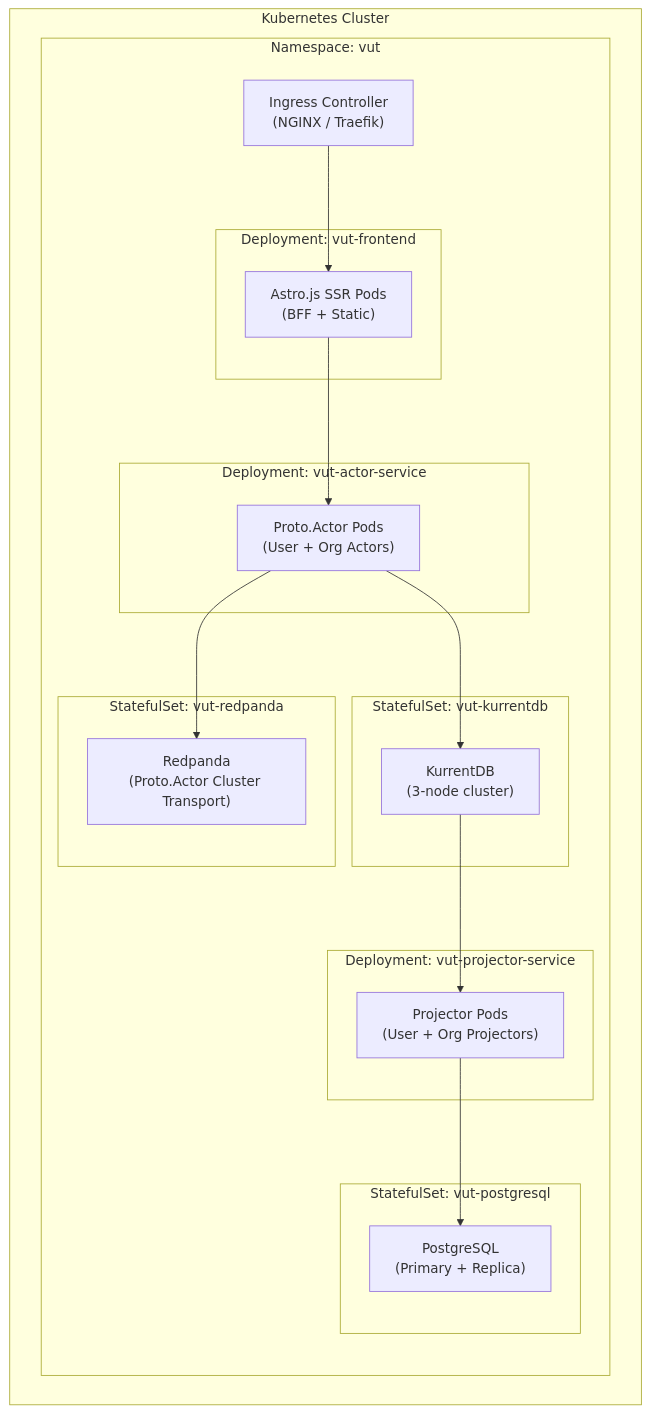
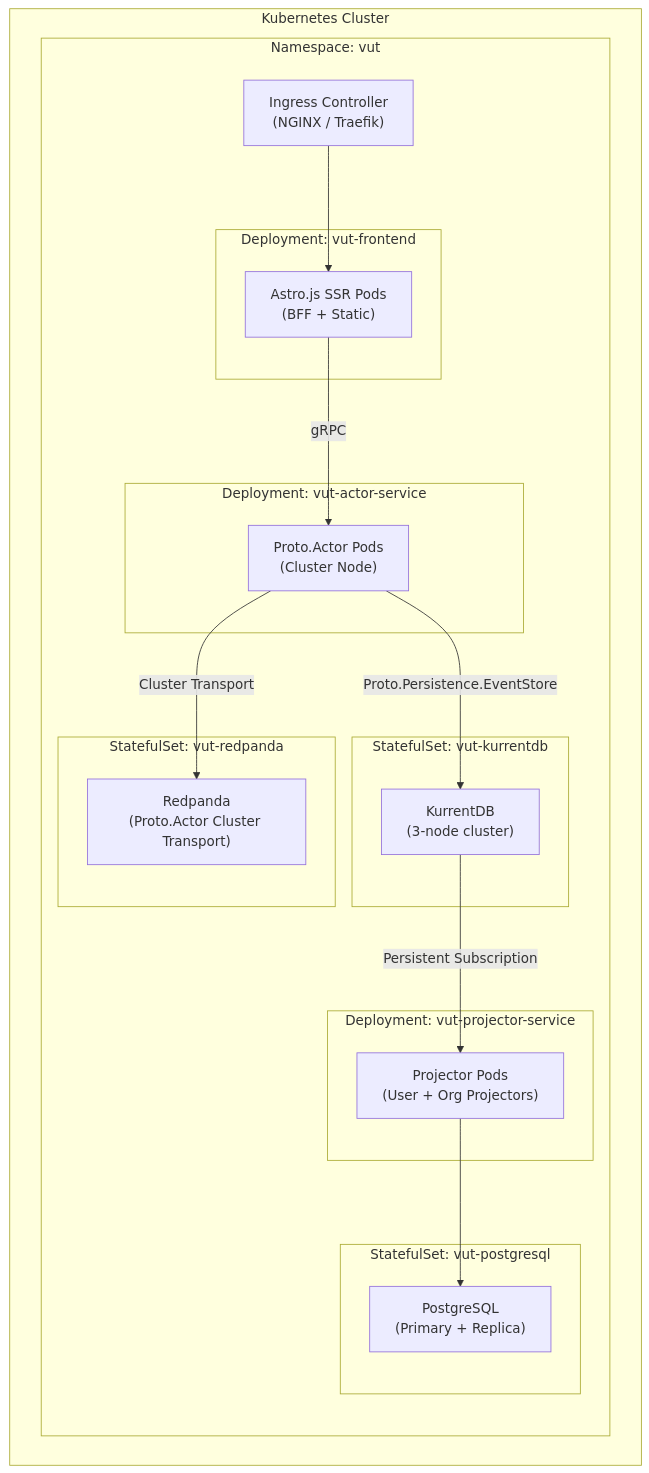
The second of 19 diagrams in epics/01-epic-first-signin-org/architecture/architecture.md (lekhasy/Vut), drawn with Mermaid before and after one commit. The commit also changed other lines of this file and 4 other files, not shown here.

````diff
--- a/epics/01-epic-first-signin-org/architecture/architecture.md
+++ b/epics/01-epic-first-signin-org/architecture/architecture.md
@@ -74,39 +116,39 @@
 ```mermaid
 graph TB
     subgraph Kubernetes Cluster
         subgraph "Namespace: vut"
             ING["Ingress Controller<br/>(NGINX / Traefik)"]
 
             subgraph "Deployment: vut-frontend"
                 FE["Astro.js SSR Pods<br/>(BFF + Static)"]
             end
 
             subgraph "Deployment: vut-actor-service"
-                AS["Proto.Actor Pods<br/>(User + Org Actors)"]
+                AS["Proto.Actor Pods<br/>(Cluster Node)"]
             end
 
             subgraph "Deployment: vut-projector-service"
                 PS["Projector Pods<br/>(User + Org Projectors)"]
             end
 
             subgraph "StatefulSet: vut-kurrentdb"
                 KDB["KurrentDB<br/>(3-node cluster)"]
             end
 
             subgraph "StatefulSet: vut-redpanda"
                 RP["Redpanda<br/>(Proto.Actor Cluster Transport)"]
             end
 
             subgraph "StatefulSet: vut-postgresql"
                 PG["PostgreSQL<br/>(Primary + Replica)"]
             end
         end
     end
 
     ING --> FE
-    FE --> AS
-    AS --> RP
-    AS --> KDB
-    KDB --> PS
+    FE -->|gRPC| AS
+    AS -->|"Cluster Transport"| RP
+    AS -->|"Proto.Persistence.EventStore"| KDB
+    KDB -->|"Persistent Subscription"| PS
     PS --> PG
 ```
````
